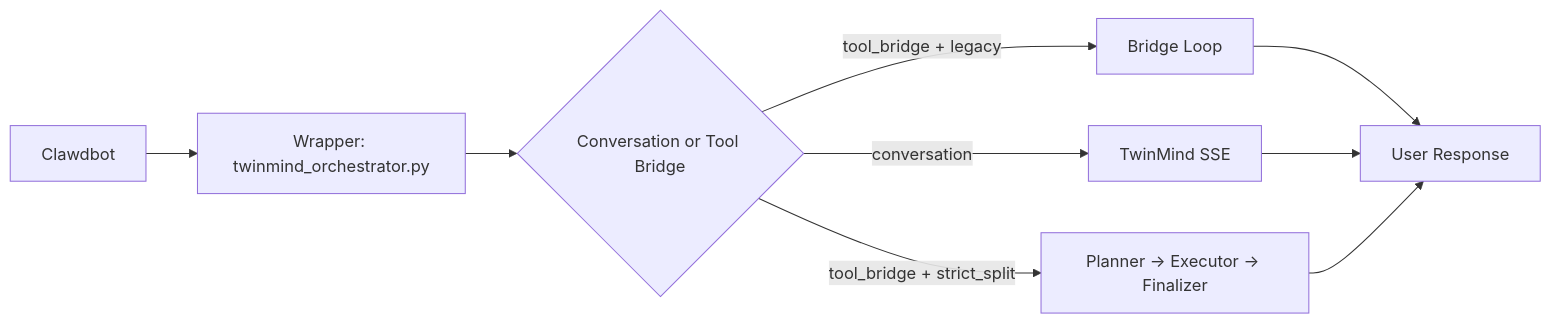
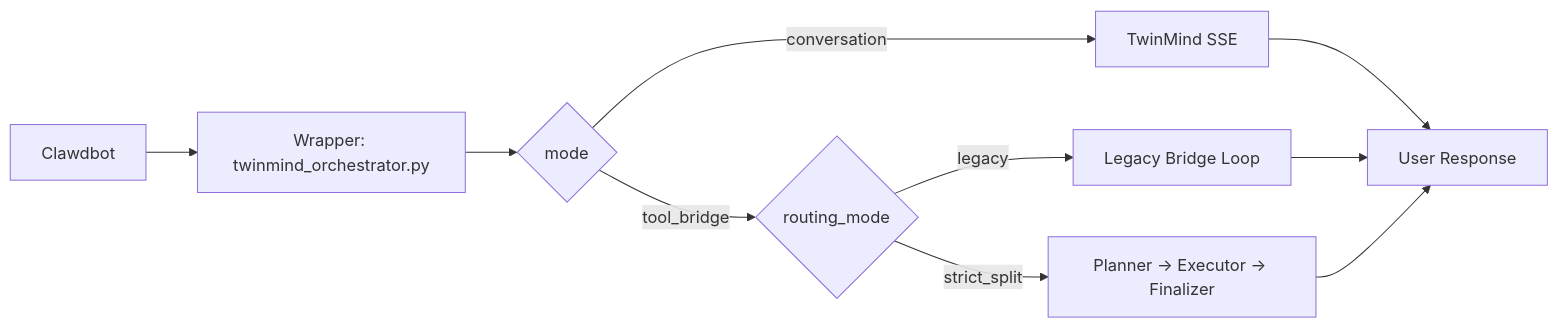
One commit to Gaiser147/clawdbot-twinmind-split-kit changed the first of 2 diagrams in README.md. Above: the diagram before and after it, drawn with Mermaid. The commit also changed other lines of this file and 3 other files, not shown here.

Commit message:
docs: simplify onboarding and clarify legacy bridge vs strict_split

````diff
--- a/README.md
+++ b/README.md
@@ -15,11 +29,12 @@
 ```mermaid
 flowchart LR
     A[Clawdbot] --> B[Wrapper: twinmind_orchestrator.py]
-    B --> C{Conversation or Tool Bridge}
+    B --> C{mode}
     C -->|conversation| D[TwinMind SSE]
-    C -->|tool_bridge + legacy| E[Bridge Loop]
-    C -->|tool_bridge + strict_split| F[Planner -> Executor -> Finalizer]
-    E --> G[User Response]
-    D --> G
-    F --> G
+    C -->|tool_bridge| E{routing_mode}
+    E -->|legacy| F[Legacy Bridge Loop]
+    E -->|strict_split| G[Planner -> Executor -> Finalizer]
+    D --> H[User Response]
+    F --> H
+    G --> H
 ```
````
